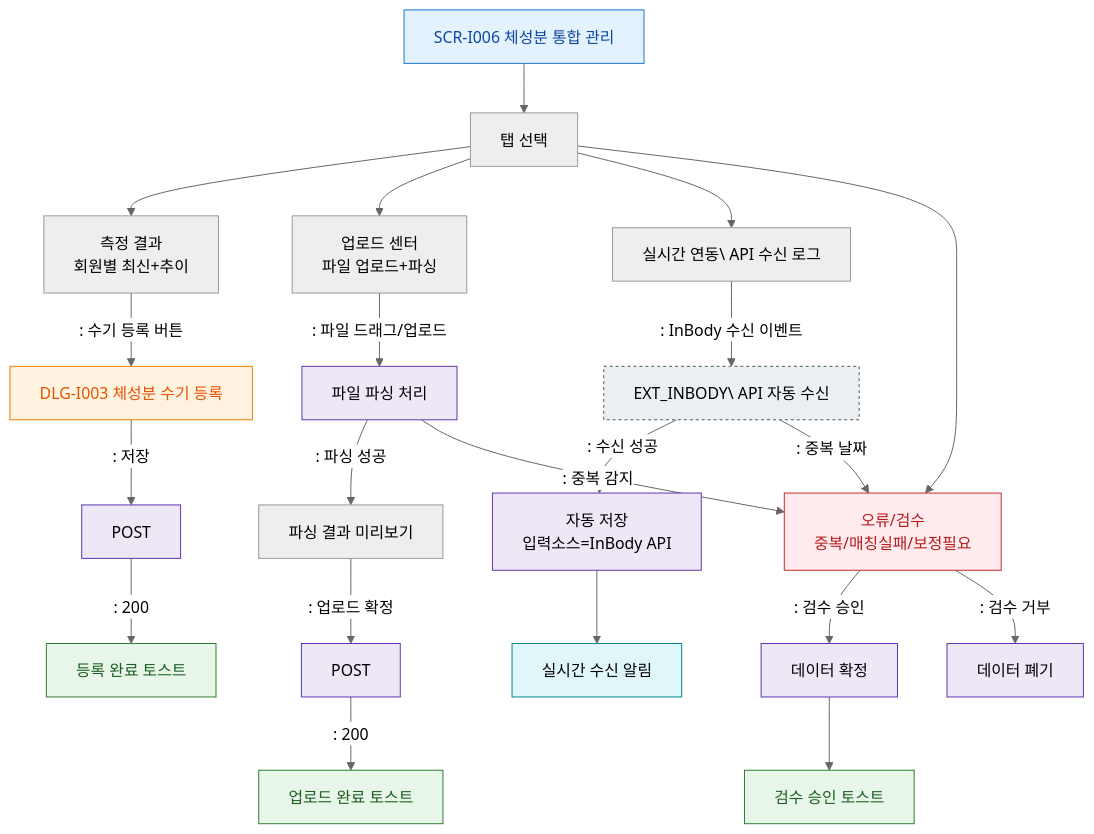
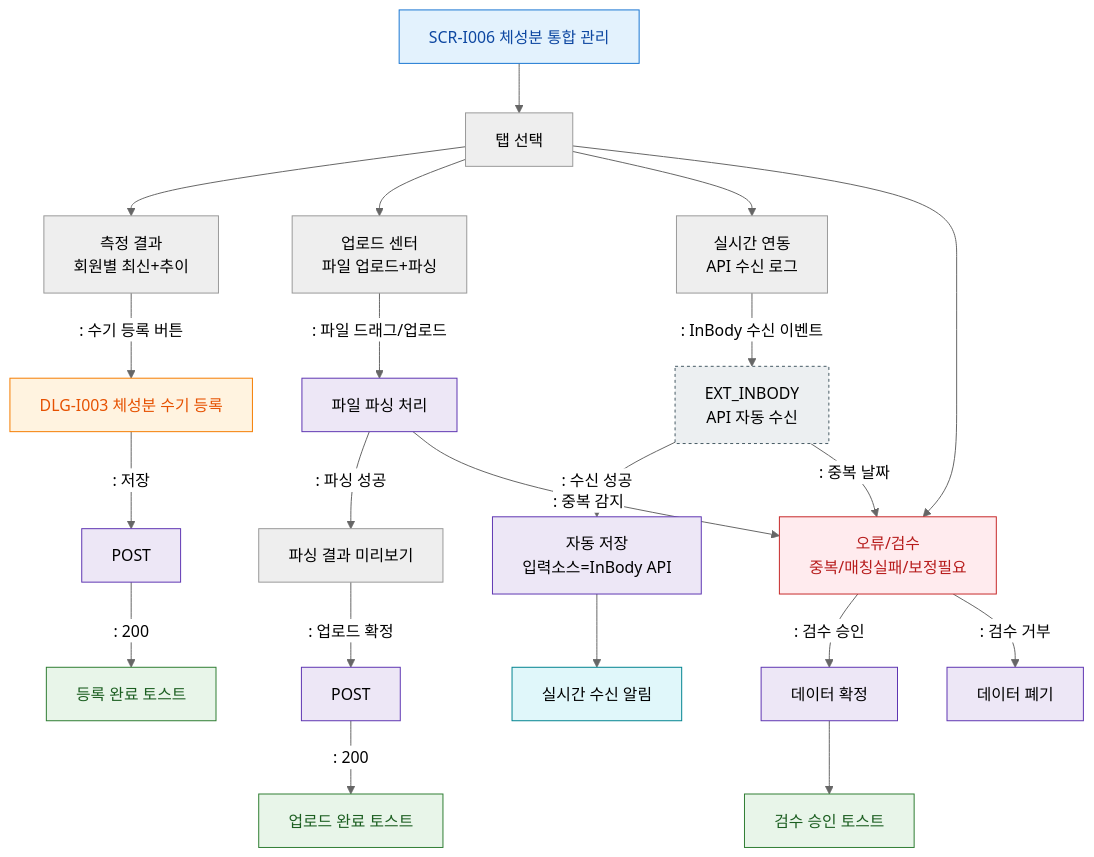
The diagram in docs/admin/다이어그램/D11_통합운영/SCR-I006_체성분통합관리/F2_메인.md (dev-spogym/admin-pando), drawn with Mermaid (neutral theme) before and after one commit. The commit also changed 369 other files, not shown here.

````diff
--- a/docs/admin/다이어그램/D11_통합운영/SCR-I006_체성분통합관리/F2_메인.md
+++ b/docs/admin/다이어그램/D11_통합운영/SCR-I006_체성분통합관리/F2_메인.md
@@ -17,42 +17,42 @@
 ```mermaid
 flowchart TD
     SCR_I006[SCR-I006 체성분 통합 관리] --> TAB[탭 선택]
 
     TAB --> TAB_RESULT[측정 결과\n회원별 최신+추이]
     TAB --> TAB_UPLOAD[업로드 센터\n파일 업로드+파싱]
-    TAB --> TAB_REALTIME[실시간 연동\ API 수신 로그]
+    TAB --> TAB_REALTIME[실시간 연동<br/> API 수신 로그]
     TAB --> TAB_ERROR[오류/검수\n중복/매칭실패/보정필요]
 
     TAB_RESULT -->|": 수기 등록 버튼"|DLG_I003[DLG-I003 체성분 수기 등록]
     TAB_UPLOAD -->|": 파일 드래그/업로드"|UPLOAD_PROC[파일 파싱 처리]
-    TAB_REALTIME -->|": InBody 수신 이벤트"|EXT_INBODY[EXT_INBODY\ API 자동 수신]
+    TAB_REALTIME -->|": InBody 수신 이벤트"|EXT_INBODY[EXT_INBODY<br/> API 자동 수신]
     TAB_ERROR -->|": 검수 승인"|APPROVE[데이터 확정]
     TAB_ERROR -->|": 검수 거부"|REJECT[데이터 폐기]
 
     DLG_I003 -->|": 저장"|API_MANUAL[POST]
     UPLOAD_PROC -->|": 파싱 성공"|PARSE_OK[파싱 결과 미리보기]
     UPLOAD_PROC -->|": 중복 감지"|TAB_ERROR
     EXT_INBODY -->|": 수신 성공"|AUTO_SAVE[자동 저장\n입력소스=InBody API]
     EXT_INBODY -->|": 중복 날짜"|TAB_ERROR
     PARSE_OK -->|": 업로드 확정"|API_UPLOAD[POST]
 
     API_MANUAL -->|": 200"|T_OK[등록 완료 토스트]
     API_UPLOAD -->|": 200"|T_OK2[업로드 완료 토스트]
     APPROVE --> T_OK3[검수 승인 토스트]
     AUTO_SAVE --> T_INFO[실시간 수신 알림]
 
     classDef screen fill:#E3F2FD,stroke:#1976D2,color:#0D47A1
     classDef modal fill:#FFF3E0,stroke:#F57C00,color:#E65100
     classDef external fill:#ECEFF1,stroke:#455A64,stroke-dasharray:3 3
     classDef system fill:#EDE7F6,stroke:#5E35B2
     classDef error fill:#FFEBEE,stroke:#C62828,color:#B71C1C
     classDef success fill:#E8F5E9,stroke:#2E7D32,color:#1B5E20
     classDef info fill:#E0F7FA,stroke:#00838F
     class SCR_I006 screen
     class DLG_I003 modal
     class EXT_INBODY external
     class API_MANUAL,API_UPLOAD,UPLOAD_PROC,APPROVE,REJECT,AUTO_SAVE system
     class T_OK,T_OK2,T_OK3 success
     class T_INFO info
     class TAB_ERROR error
 ```
````
